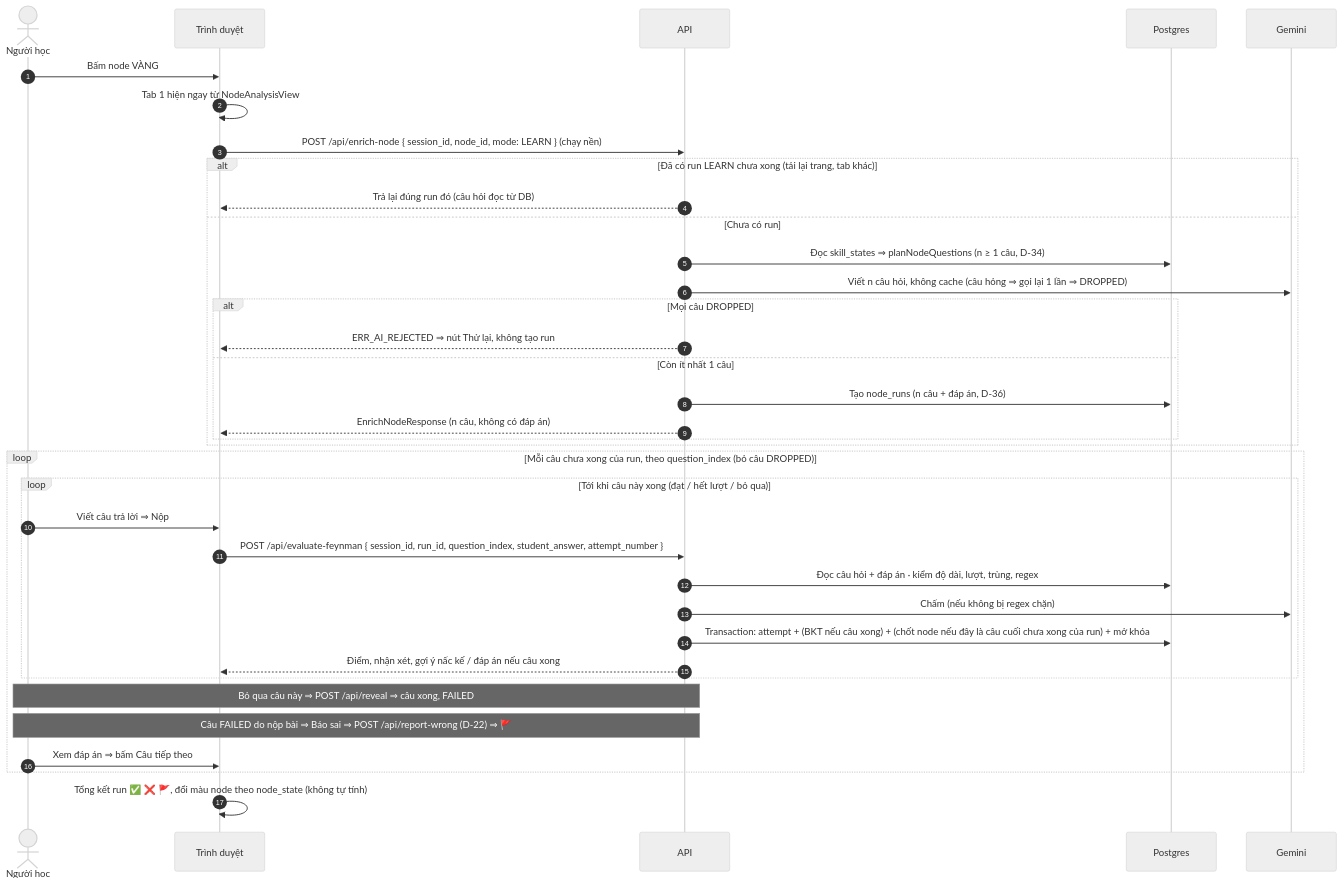
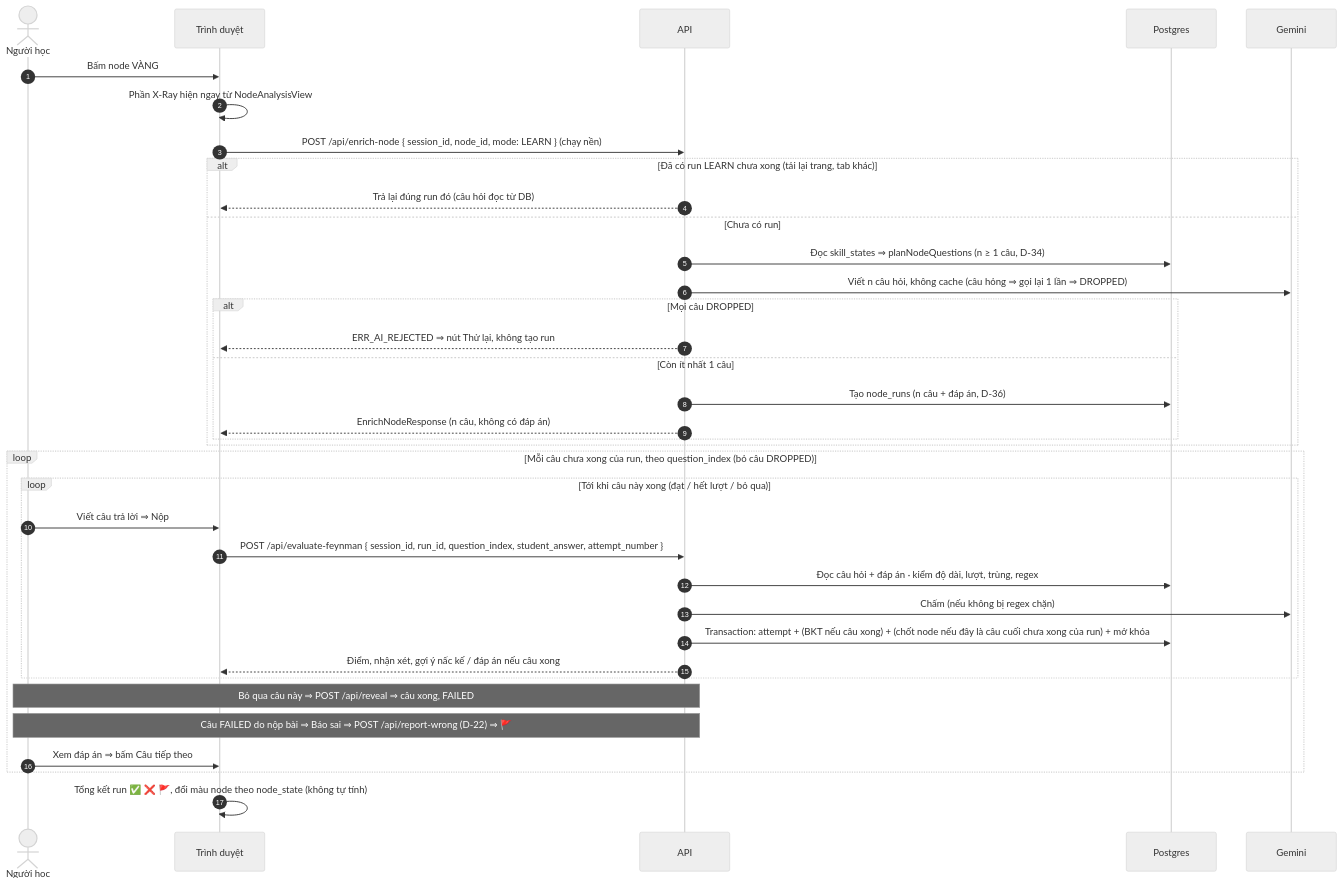
One commit to huynhthanhnhannnh-pixel/Hackathon_SGU changed the third of 4 diagrams in spec/01_KIEN_TRUC_VA_LUONG.md. Above: the diagram before and after it, drawn with Mermaid (neutral theme). The commit also changed other lines of this file and 16 other files, not shown here.

````diff
--- a/spec/01_KIEN_TRUC_VA_LUONG.md
+++ b/spec/01_KIEN_TRUC_VA_LUONG.md
@@ -117,38 +117,38 @@
 ```mermaid
 sequenceDiagram
     autonumber
     actor U as Người học
     participant FE as Trình duyệt
     participant BE as API
     participant DB as Postgres
     participant AI as Gemini
     U->>FE: Bấm node VÀNG
-    FE->>FE: Tab 1 hiện ngay từ NodeAnalysisView
+    FE->>FE: Phần X-Ray hiện ngay từ NodeAnalysisView
     FE->>BE: POST /api/enrich-node { session_id, node_id, mode: LEARN } (chạy nền)
     alt Đã có run LEARN chưa xong (tải lại trang, tab khác)
         BE-->>FE: Trả lại đúng run đó (câu hỏi đọc từ DB)
     else Chưa có run
         BE->>DB: Đọc skill_states ⇒ planNodeQuestions (n ≥ 1 câu, D-34)
         BE->>AI: Viết n câu hỏi, không cache (câu hỏng ⇒ gọi lại 1 lần ⇒ DROPPED)
         alt Mọi câu DROPPED
             BE-->>FE: ERR_AI_REJECTED ⇒ nút Thử lại, không tạo run
         else Còn ít nhất 1 câu
             BE->>DB: Tạo node_runs (n câu + đáp án, D-36)
             BE-->>FE: EnrichNodeResponse (n câu, không có đáp án)
         end
     end
     loop Mỗi câu chưa xong của run, theo question_index (bỏ câu DROPPED)
         loop Tới khi câu này xong (đạt / hết lượt / bỏ qua)
             U->>FE: Viết câu trả lời ⇒ Nộp
             FE->>BE: POST /api/evaluate-feynman { session_id, run_id, question_index, student_answer, attempt_number }
             BE->>DB: Đọc câu hỏi + đáp án · kiểm độ dài, lượt, trùng, regex
             BE->>AI: Chấm (nếu không bị regex chặn)
             BE->>DB: Transaction: attempt + (BKT nếu câu xong) + (chốt node nếu đây là câu cuối chưa xong của run) + mở khóa
             BE-->>FE: Điểm, nhận xét, gợi ý nấc kế / đáp án nếu câu xong
         end
         Note over U,BE: Bỏ qua câu này ⇒ POST /api/reveal ⇒ câu xong, FAILED
         Note over U,BE: Câu FAILED do nộp bài ⇒ Báo sai ⇒ POST /api/report-wrong (D-22) ⇒ 🚩
         U->>FE: Xem đáp án ⇒ bấm Câu tiếp theo
     end
     FE->>FE: Tổng kết run ✅ ❌ 🚩, đổi màu node theo node_state (không tự tính)
 ```
````
